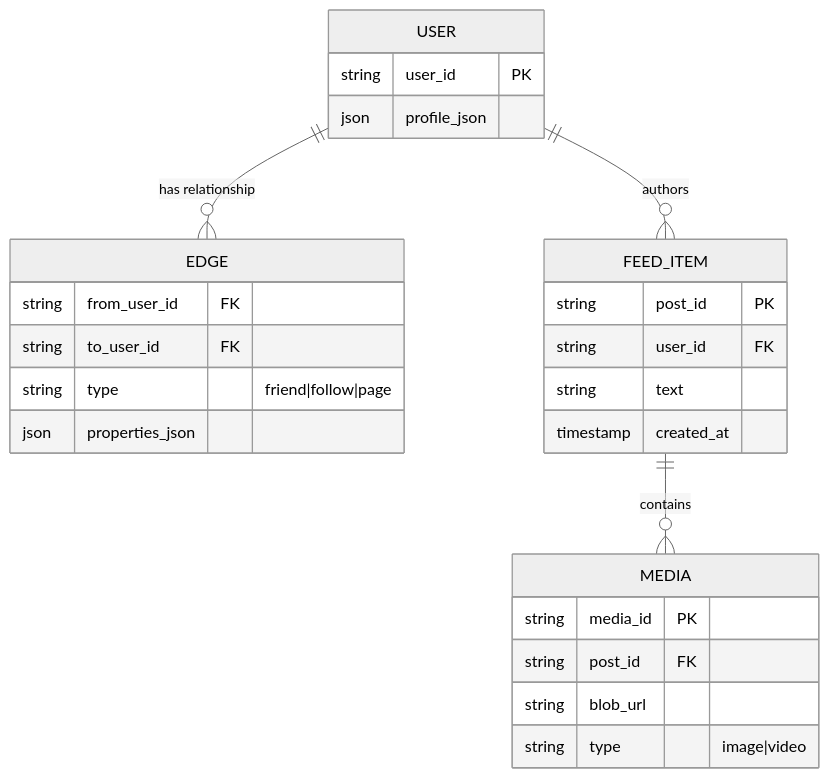
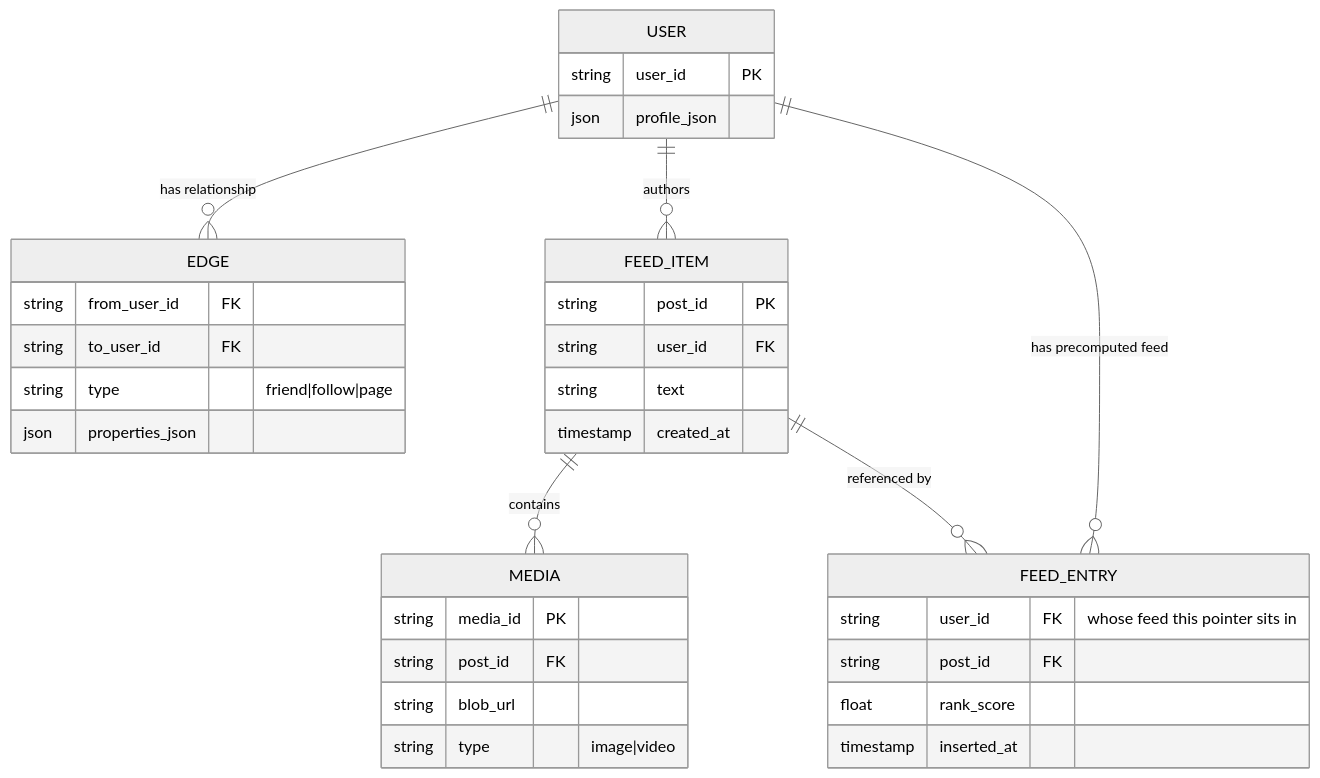
One commit to riyaz-pasha/Learnings changed the sixth of 21 diagrams in system-design/HLD/0-course/32-Design Newsfeed System-FAANG-Guide.md. Above: the diagram before and after it, drawn with Mermaid (neutral theme). The commit also changed other lines of this file and 50 other files, not shown here.

````diff
--- a/system-design/HLD/0-course/32-Design Newsfeed System-FAANG-Guide.md
+++ b/system-design/HLD/0-course/32-Design Newsfeed System-FAANG-Guide.md
@@ -315,28 +325,36 @@
 ```mermaid
 erDiagram
     USER ||--o{ EDGE : "has relationship"
     USER ||--o{ FEED_ITEM : authors
     FEED_ITEM ||--o{ MEDIA : contains
+    USER ||--o{ FEED_ENTRY : "has precomputed feed"
+    FEED_ITEM ||--o{ FEED_ENTRY : "referenced by"
     USER {
         string user_id PK
         json profile_json
     }
     EDGE {
         string from_user_id FK
         string to_user_id FK
         string type "friend|follow|page"
         json properties_json
     }
     FEED_ITEM {
         string post_id PK
         string user_id FK
         string text
         timestamp created_at
     }
     MEDIA {
         string media_id PK
         string post_id FK
         string blob_url
         string type "image|video"
     }
+    FEED_ENTRY {
+        string user_id FK "whose feed this pointer sits in"
+        string post_id FK
+        float rank_score
+        timestamp inserted_at
+    }
 ```
````
